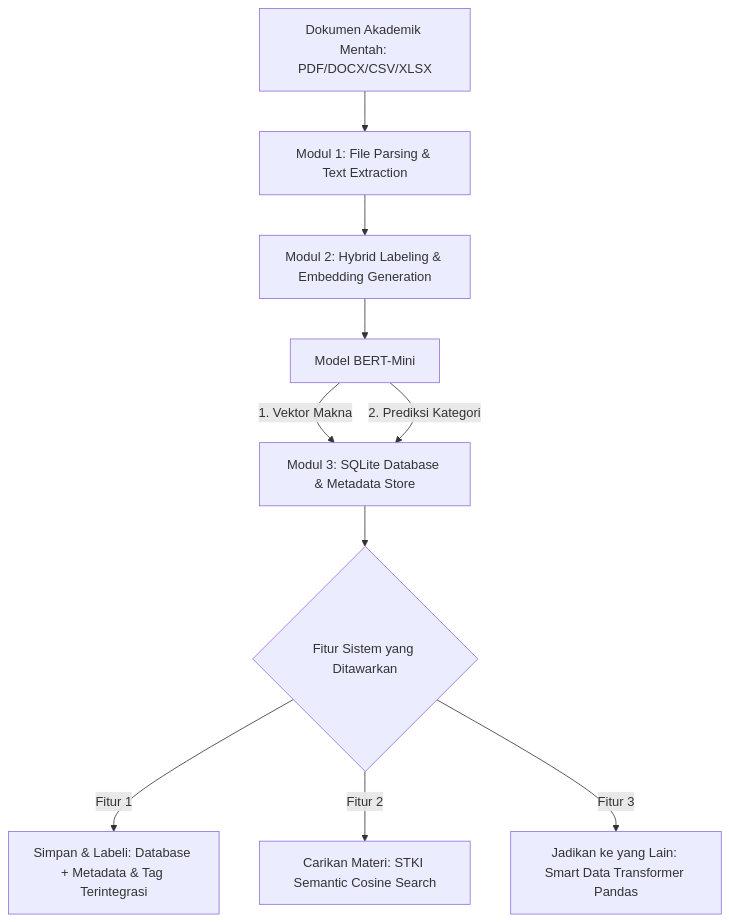
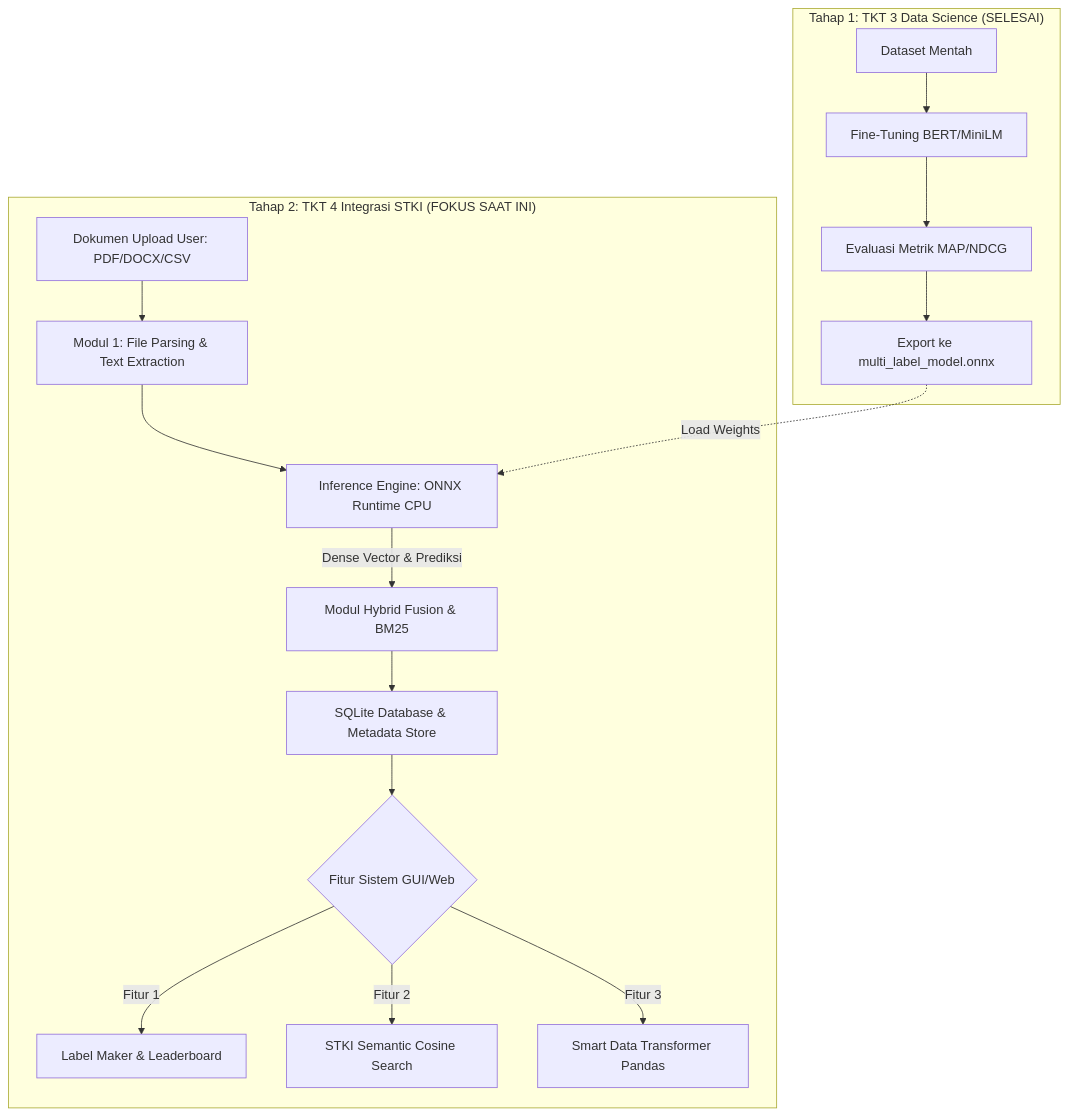
Before and after one commit to SamantasLair/STKI-PelabelanOtomatis: the first of 2 diagrams in rencana_implementasi.md, drawn with Mermaid. The commit also changed other lines of this file and 36 other files, not shown here.

````diff
--- a/rencana_implementasi.md
+++ b/rencana_implementasi.md
@@ -12,12 +12,20 @@
 ```mermaid
 graph TD
-    A[Dokumen Akademik Mentah: PDF/DOCX/CSV/XLSX] --> B[Modul 1: File Parsing & Text Extraction]
-    B --> C[Modul 2: Hybrid Labeling & Embedding Generation]
-    C --> D[Model BERT-Mini]
-    D -->|1. Vektor Makna| E[Modul 3: SQLite Database & Metadata Store]
-    D -->|2. Prediksi Kategori| E
-    E --> F{Fitur Sistem yang Ditawarkan}
-    F -->|Fitur 1| G[Simpan & Labeli: Database + Metadata & Tag Terintegrasi]
-    F -->|Fitur 2| H[Carikan Materi: STKI Semantic Cosine Search]
-    F -->|Fitur 3| I[Jadikan ke yang Lain: Smart Data Transformer Pandas]
+    subgraph Tahap1 ["Tahap 1: TKT 3 Data Science (SELESAI)"]
+        A1[Dataset Mentah] --> B1[Fine-Tuning BERT/MiniLM]
+        B1 --> C1[Evaluasi Metrik MAP/NDCG]
+        C1 --> D1[Export ke multi_label_model.onnx]
+    end
+
+    subgraph Tahap2 ["Tahap 2: TKT 4 Integrasi STKI (FOKUS SAAT INI)"]
+        A[Dokumen Upload User: PDF/DOCX/CSV] --> B[Modul 1: File Parsing & Text Extraction]
+        B --> C[Inference Engine: ONNX Runtime CPU]
+        D1 -.->|Load Weights| C
+        C -->|Dense Vector & Prediksi| E[Modul Hybrid Fusion & BM25]
+        E --> F[SQLite Database & Metadata Store]
+        F --> G{Fitur Sistem GUI/Web}
+        G -->|Fitur 1| H[Label Maker & Leaderboard]
+        G -->|Fitur 2| I[STKI Semantic Cosine Search]
+        G -->|Fitur 3| J[Smart Data Transformer Pandas]
+    end
 ```
````
